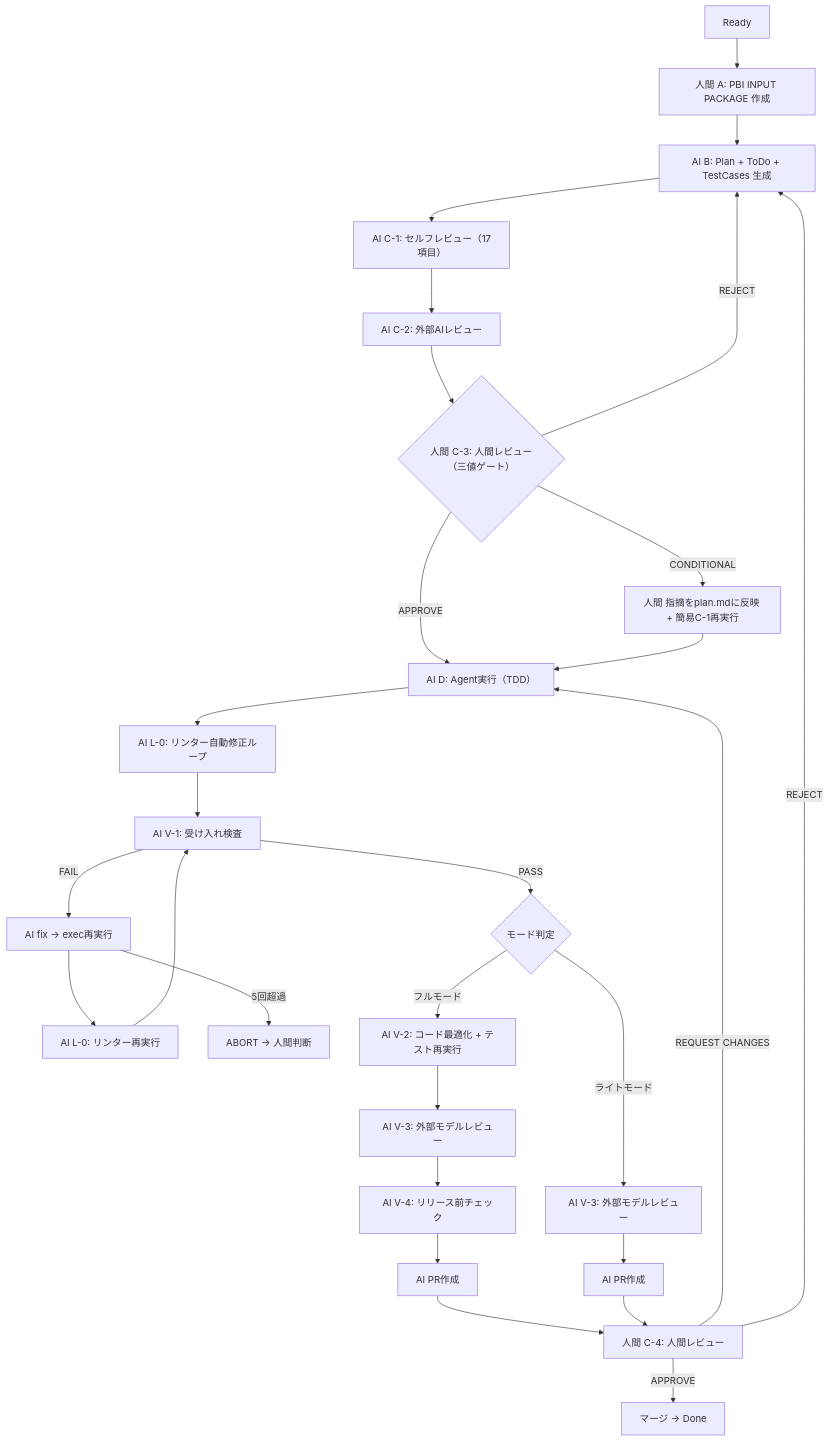
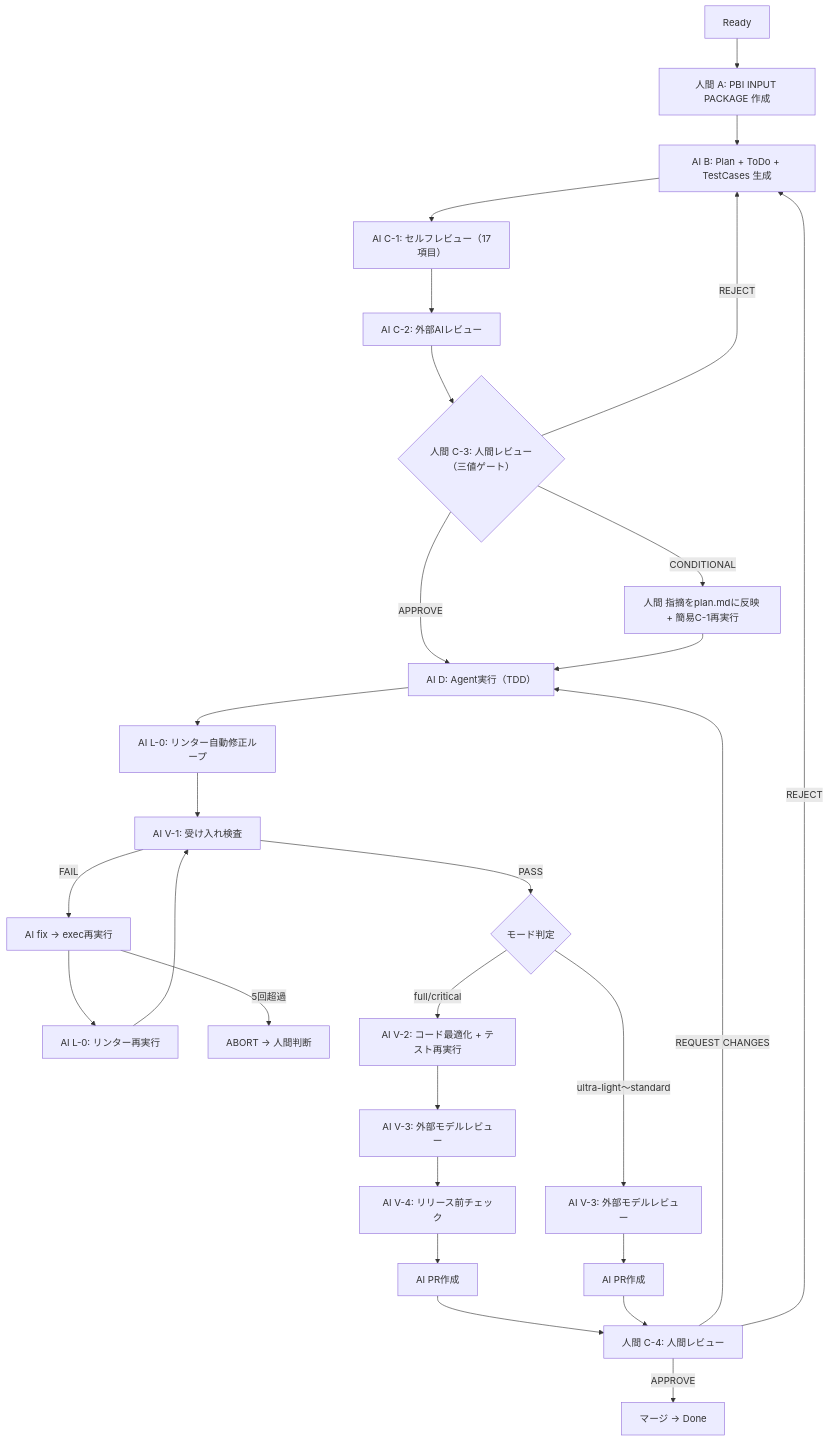
The diagram in docs/plangate.md (s977043/PlanGate), drawn with Mermaid before and after one commit. The commit also changed other lines of this file and 9 other files, not shown here.

First line of the commit message:
feat: 5段階モード分類を導入（ultra-light/light/standard/full/critical）

````diff
--- a/docs/plangate.md
+++ b/docs/plangate.md
@@ -39,30 +39,30 @@
 ```mermaid
 graph TD
     Start["Ready"] --> A["人間 A: PBI INPUT PACKAGE 作成"]
     A --> B["AI B: Plan + ToDo + TestCases 生成"]
     B --> C1["AI C-1: セルフレビュー（17項目）"]
     C1 --> C2["AI C-2: 外部AIレビュー"]
     C2 --> C3{"人間 C-3: 人間レビュー（三値ゲート）"}
     C3 -->|"APPROVE"| D["AI D: Agent実行（TDD）"]
     C3 -->|"CONDITIONAL"| Fix["人間 指摘をplan.mdに反映 + 簡易C-1再実行"]
     Fix --> D
     C3 -->|"REJECT"| B
     D --> L0["AI L-0: リンター自動修正ループ"]
     L0 --> V1["AI V-1: 受け入れ検査"]
     V1 -->|"PASS"| Mode{"モード判定"}
     V1 -->|"FAIL"| FixLoop["AI fix → exec再実行"]
     FixLoop --> L0re["AI L-0: リンター再実行"]
     L0re --> V1
     FixLoop -->|"5回超過"| Abort["ABORT → 人間判断"]
-    Mode -->|"フルモード"| V2["AI V-2: コード最適化 + テスト再実行"]
-    Mode -->|"ライトモード"| V3L["AI V-3: 外部モデルレビュー"]
+    Mode -->|"full/critical"| V2["AI V-2: コード最適化 + テスト再実行"]
+    Mode -->|"ultra-light〜standard"| V3L["AI V-3: 外部モデルレビュー"]
     V2 --> V3["AI V-3: 外部モデルレビュー"]
     V3 --> V4["AI V-4: リリース前チェック"]
     V4 --> PR["AI PR作成"]
     V3L --> PRL["AI PR作成"]
     PR --> C4["人間 C-4: 人間レビュー"]
     PRL --> C4
     C4 -->|"APPROVE"| Merge["マージ → Done"]
     C4 -->|"REQUEST CHANGES"| D
     C4 -->|"REJECT"| B
 ```
````
